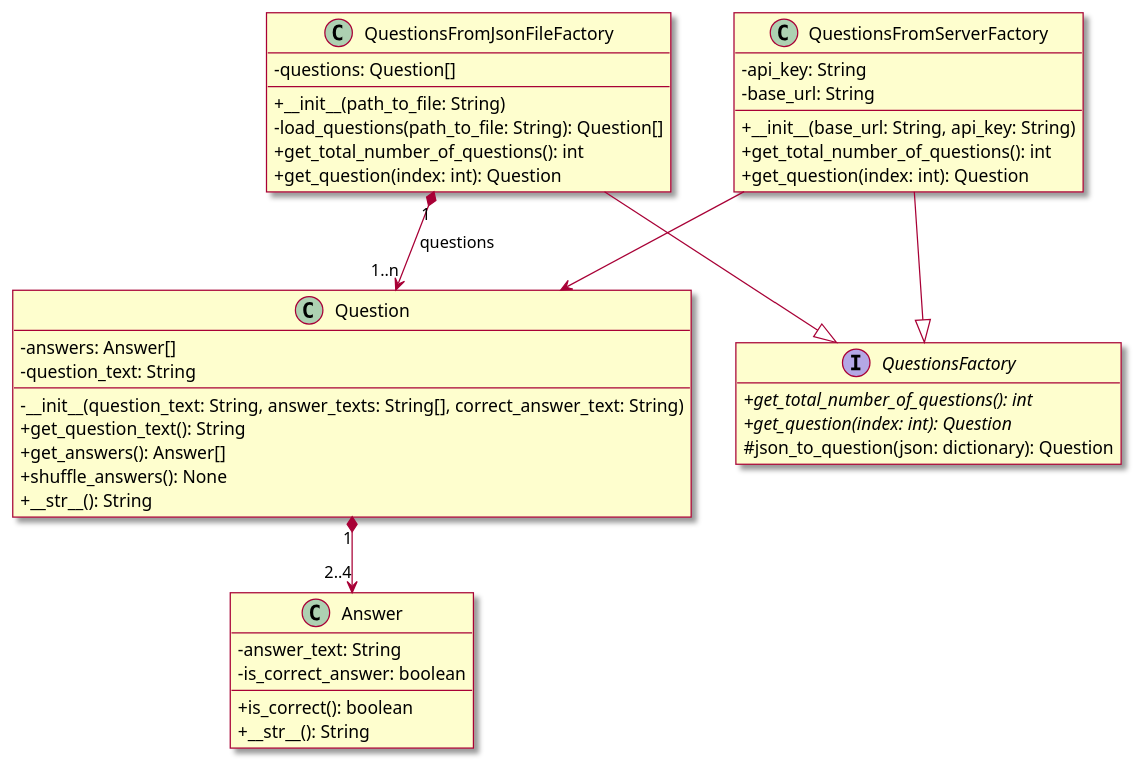
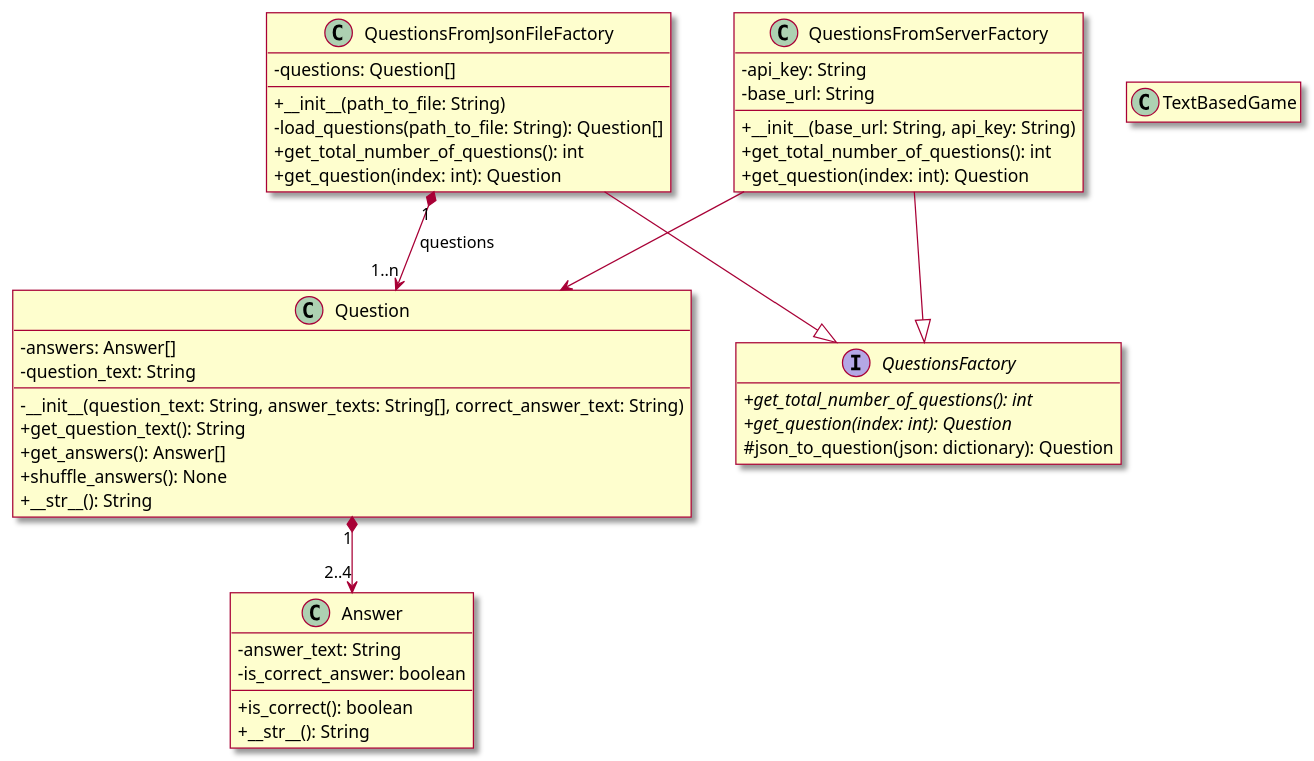
Before and after one commit to killuari/quiz_game_ctk: the diagram in diagrams/question_data.puml, drawn with PlantUML. The commit also changed 1 other file, not shown here.

```diff
--- a/diagrams/question_data.puml
+++ b/diagrams/question_data.puml
@@ -1,51 +1,55 @@
 @startuml
 hide empty members
 skin rose
 skinparam classAttributeIconSize 0
 
 class Question {
     - answers: Answer[]
     - question_text: String
     - __init__(question_text: String, answer_texts: String[], correct_answer_text: String)
     + get_question_text(): String
     + get_answers(): Answer[]
     + shuffle_answers(): None
     + __str__(): String
 }
 
 class Answer {
     - answer_text: String
     - is_correct_answer: boolean
     + is_correct(): boolean
     + __str__(): String
 }
 
 class QuestionsFromJsonFileFactory {
     - questions: Question[]
     + __init__(path_to_file: String)
     - load_questions(path_to_file: String): Question[]
     + get_total_number_of_questions(): int
     + get_question(index: int): Question
 }
 
 class QuestionsFromServerFactory {
     - api_key: String
     - base_url: String
     + __init__(base_url: String, api_key: String)
     + get_total_number_of_questions(): int
     + get_question(index: int): Question
 }
 
 interface QuestionsFactory {
     + {abstract} get_total_number_of_questions(): int
     + {abstract} get_question(index: int): Question
     # json_to_question(json: dictionary): Question
 }
 
+class TextBasedGame {
+    
+}
+
 Question "1" *--> "2..4" Answer
 QuestionsFromJsonFileFactory "1" *--> "1..n" Question: questions
 QuestionsFromServerFactory --> Question
 QuestionsFromServerFactory --|> QuestionsFactory
 QuestionsFromJsonFileFactory --|> QuestionsFactory
 
 @enduml
```
